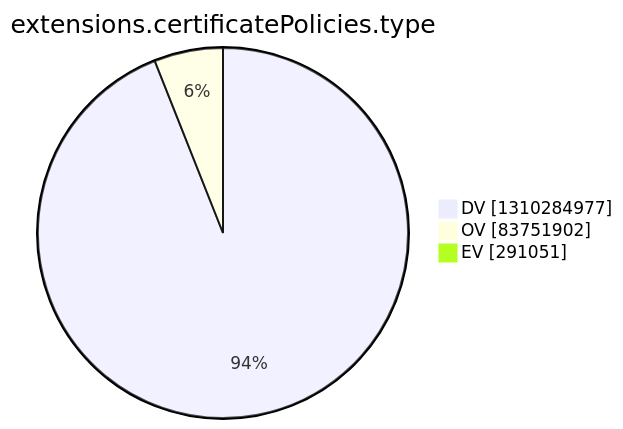
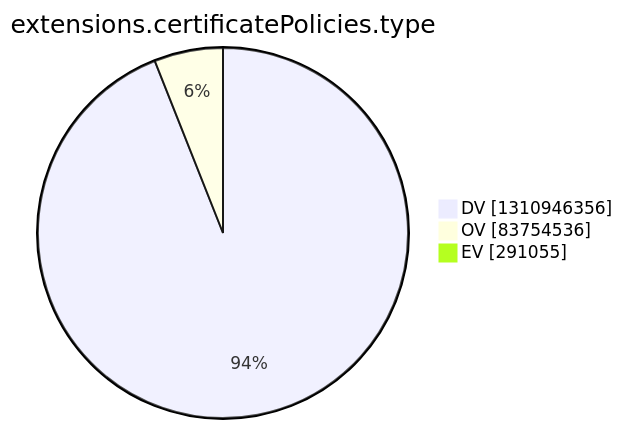
Before and after one commit to christiankrug/ctmonitor_visualization: the tenth of 15 diagrams in argon2022/README.md, drawn with Mermaid. The commit also changed other lines of this file, not shown here.

````diff
--- a/argon2022/README.md
+++ b/argon2022/README.md
@@ -2772,7 +2772,7 @@
 ```mermaid
 pie showData
 title extensions.certificatePolicies.type
-"DV" :1310284977
-"OV" :83751902
-"EV" :291051
+"DV" :1310946356
+"OV" :83754536
+"EV" :291055
 ```
````
